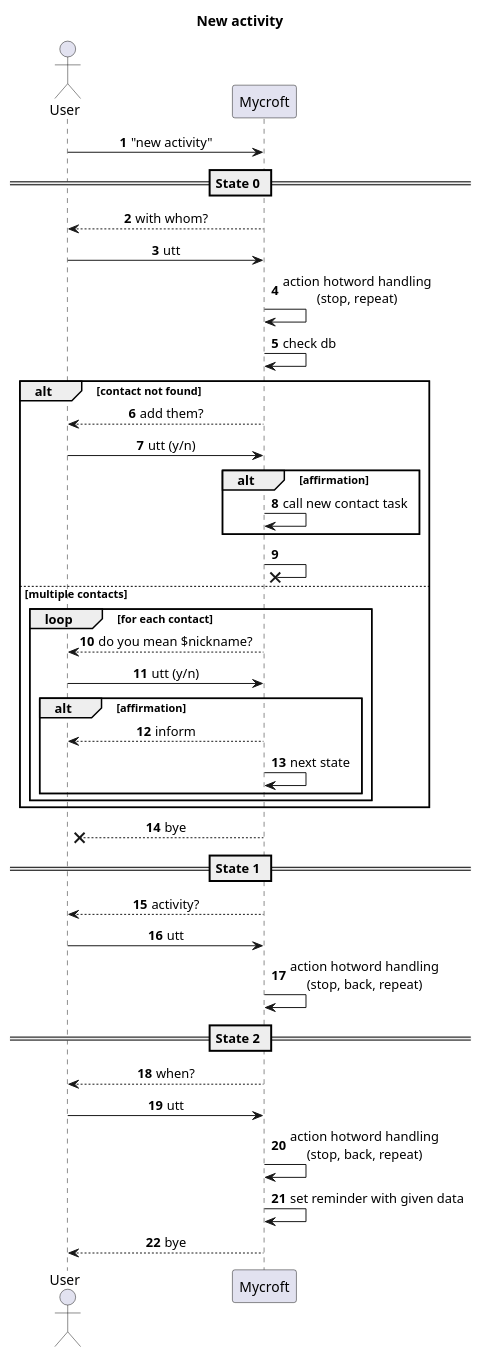
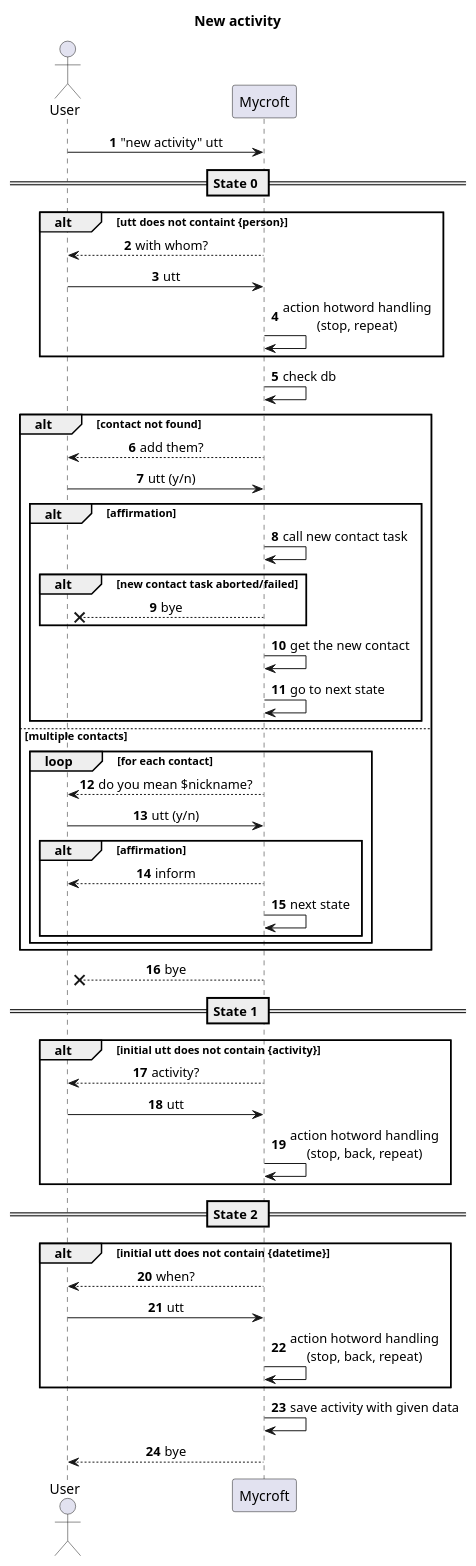
One commit to davquar/VoiceCRM changed the diagram in docs/new-activity.puml. Above: the diagram before and after it, drawn with PlantUML. The commit also changed 3 other files, not shown here.

Commit message:
Update diagrams in the 2nd iteration

```diff
--- a/docs/new-activity.puml
+++ b/docs/new-activity.puml
@@ -1,52 +1,62 @@
 @startuml new activity
 skinparam SequenceMessageAlignment center
 autonumber
 
 title New activity
 
 actor User as u
 participant Mycroft as m
 
-u -> m: "new activity"
+u -> m: "new activity" utt
 
 == State 0 ==
-m --> u: with whom?
-u -> m: utt
-m -> m: action hotword handling\n(stop, repeat)
+alt utt does not containt {person}
+    m --> u: with whom?
+    u -> m: utt
+    m -> m: action hotword handling\n(stop, repeat)
+end
 
 m -> m: check db
 
 alt contact not found
     m --> u: add them?
     u -> m: utt (y/n)
     alt affirmation
         m -> m: call new contact task
+        alt new contact task aborted/failed
+            m --x u: bye
+        end
+        m -> m: get the new contact
+        m -> m: go to next state
     end
-    m -x m
 else multiple contacts
     loop for each contact
         m --> u: do you mean $nickname?
         u -> m: utt (y/n)
         alt affirmation
             m --> u: inform
             m -> m: next state
         end
     end
 end
 m --x u: bye
 
 == State 1 ==
-m --> u: activity?
-u -> m: utt
-m -> m: action hotword handling\n(stop, back, repeat)
+alt initial utt does not contain {activity}
+    m --> u: activity?
+    u -> m: utt
+    m -> m: action hotword handling\n(stop, back, repeat)
+end
 
 == State 2 ==
-m --> u: when?
-u -> m: utt
-m -> m: action hotword handling\n(stop, back, repeat)
+alt initial utt does not contain {datetime}
+    m --> u: when?
+    u -> m: utt
+    m -> m: action hotword handling\n(stop, back, repeat)
+end
 
-m -> m: set reminder with given data
+m -> m: save activity with given data
 
 m --> u: bye
 
 @enduml
```
